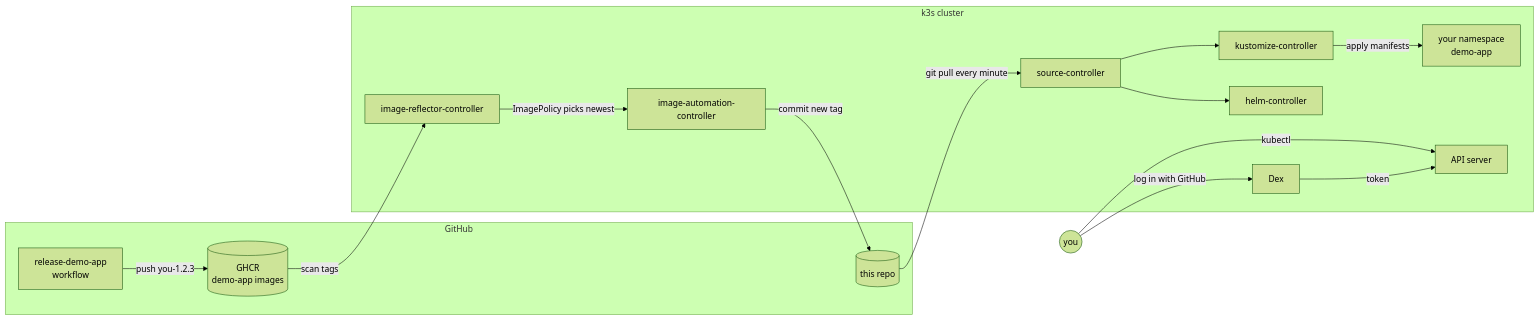
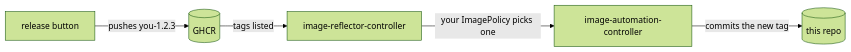
One commit to shtev-gitops-playground/flux-gitops-playground changed the second of 3 diagrams in README.md. Above: the diagram before and after it, drawn with Mermaid (forest theme). The commit also changed other lines of this file, not shown here.

Commit message:
docs: split README diagram into three straight flows

````diff
--- a/README.md
+++ b/README.md
@@ -28,32 +39,7 @@
 ```mermaid
 flowchart LR
-  subgraph GitHub
-    repo[(this repo)]
-    actions[release-demo-app<br/>workflow]
-    ghcr[(GHCR<br/>demo-app images)]
-  end
-
-  subgraph cluster[k3s cluster]
-    src[source-controller]
-    kust[kustomize-controller]
-    helm[helm-controller]
-    refl[image-reflector-controller]
-    auto[image-automation-controller]
-    dex[Dex]
-    api[API server]
-    apps[your namespace<br/>demo-app]
-  end
-
-  you((you))
-
-  repo -- "git pull every minute" --> src
-  src --> kust & helm
-  kust -- "apply manifests" --> apps
-  actions -- "push you-1.2.3" --> ghcr
-  ghcr -- "scan tags" --> refl
-  refl -- "ImagePolicy picks newest" --> auto
-  auto -- "commit new tag" --> repo
-  you -- "kubectl" --> api
-  you -- "log in with GitHub" --> dex
-  dex -- "token" --> api
+  btn[release button] -- "pushes you-1.2.3" --> ghcr[(GHCR)]
+  ghcr -- "tags listed" --> refl[image-reflector-controller]
+  refl -- "your ImagePolicy picks one" --> auto[image-automation-controller]
+  auto -- "commits the new tag" --> repo[(this repo)]
 ```
````
